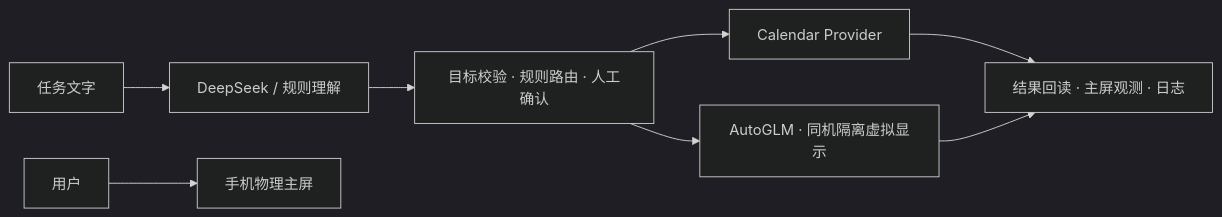
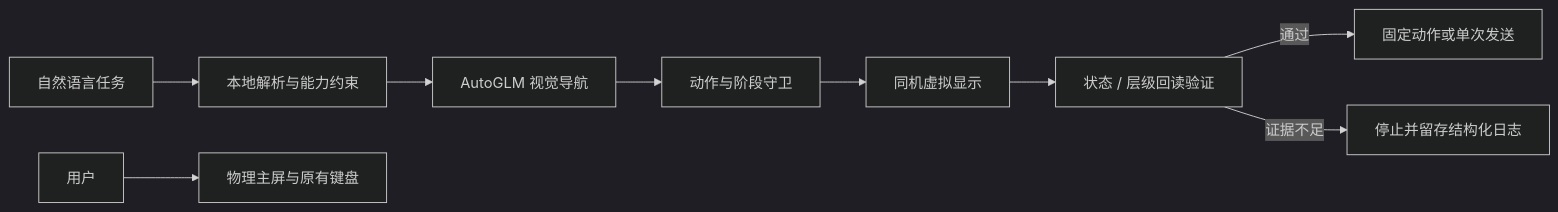
Before and after one commit to Lilithys/wellphone: the diagram in README.md, drawn with Mermaid (dark theme). The commit also changed other lines of this file and 51 other files, not shown here.

````diff
--- a/README.md
+++ b/README.md
@@ -5,10 +7,11 @@
 ```mermaid
 flowchart LR
-  T[任务文字] --> P[DeepSeek / 规则理解]
-  P --> R[目标校验 · 规则路由 · 人工确认]
-  R --> C[Calendar Provider]
-  R --> G[AutoGLM · 同机隔离虚拟显示]
-  C --> V[结果回读 · 主屏观测 · 日志]
-  G --> V
-  U[用户] --> S[手机物理主屏]
+  T[自然语言任务] --> P[本地解析与能力约束]
+  P --> M[AutoGLM 视觉导航]
+  M --> G[动作与阶段守卫]
+  G --> D[同机虚拟显示]
+  D --> V[状态 / 层级回读验证]
+  V -->|通过| A[固定动作或单次发送]
+  V -->|证据不足| X[停止并留存结构化日志]
+  U[用户] --> S[物理主屏与原有键盘]
 ```
````
